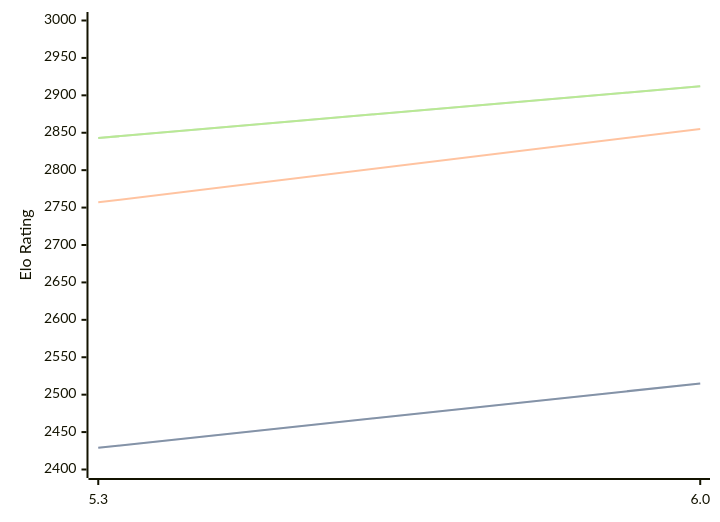
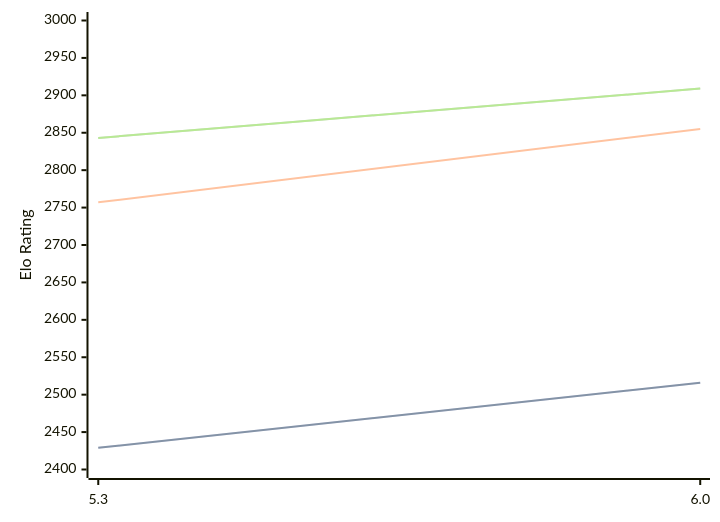
Before and after one commit to computer-chess-index/cci: the diagram in engines/tomitankChess.md, drawn with Mermaid. The commit also changed other lines of this file, not shown here.

Commit message:
Update CCI Ratings (ELO VLTC) - 2026-04-16

````diff
--- a/engines/tomitankChess.md
+++ b/engines/tomitankChess.md
@@ -40,11 +40,11 @@
 ```mermaid
 %%{init: {"theme":"base","themeVariables":{"seriesColors:['#a3a3a3','#222221','#faa371']}}}%%
 xychart-beta
   x-axis ["5.3", "6.0"]
   y-axis "Elo Rating" 2400 --> 3000
-  line "STC (8.0+0.08s)" [2429, 2515]
-  line "STC (8.0+0.08s)" [2429, 2515]
+  line "STC (8.0+0.08s)" [2429, 2516]
+  line "STC (8.0+0.08s)" [2429, 2516]
   line "LTC (60.0+0.60s)" [2757, 2855]
-  line "VLTC (2m24s+1.12s)" [2843, 2912]
-  line "VLTC (2m24s+1.12s)" [2843, 2912]
+  line "VLTC (2m24s+1.12s)" [2843, 2909]
+  line "VLTC (2m24s+1.12s)" [2843, 2909]
 ```
````
